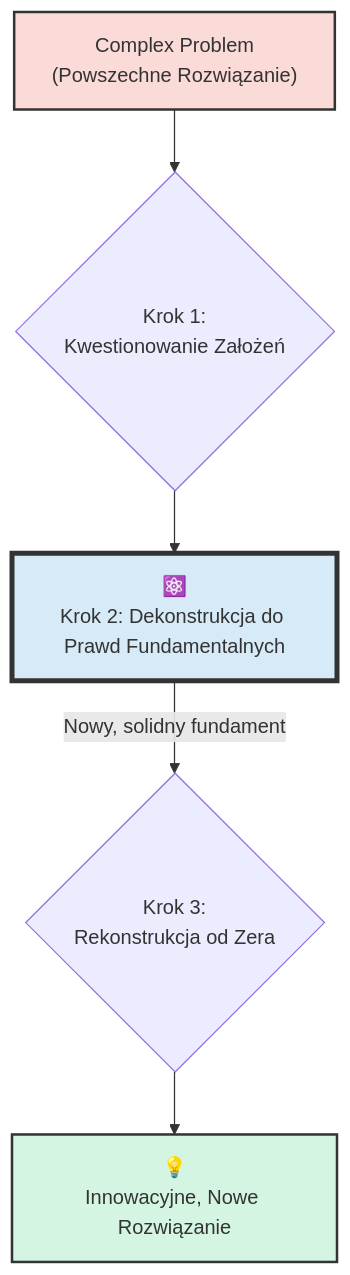
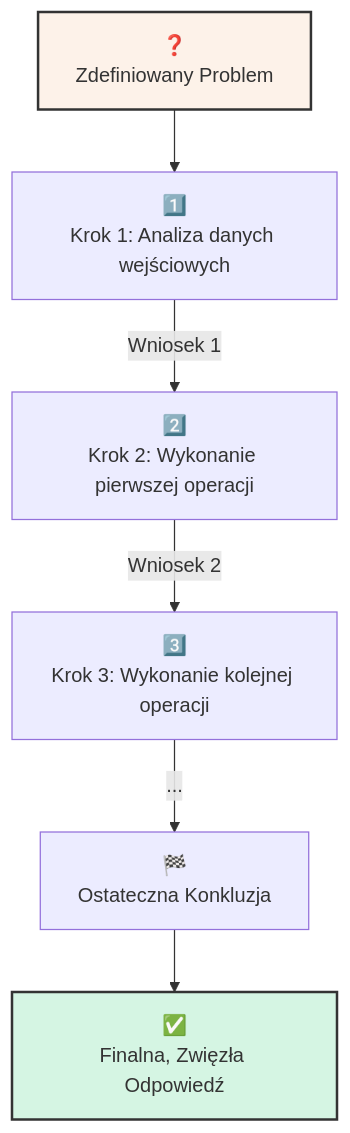
The diagram in 1_Łancuch_Mysli_Chain_of_Tought.md (jacmal/Biblioteka_Klockow_Poznawczych), drawn with Mermaid before and after one commit. The commit also changed other lines of this file, not shown here.

````diff
--- a/1_Łancuch_Mysli_Chain_of_Tought.md
+++ b/1_Łancuch_Mysli_Chain_of_Tought.md
@@ -48,11 +47,17 @@
 ```mermaid
 graph TD
-    A["Complex Problem<br>(Powszechne Rozwiązanie)"] --> B{"Krok 1:<br>Kwestionowanie Założeń"};
-    B --> C["⚛️<br>Krok 2: Dekonstrukcja do Prawd Fundamentalnych"];
-    C -- "Nowy, solidny fundament" --> D{"Krok 3:<br>Rekonstrukcja od Zera"};
-    D --> E["💡<br>Innowacyjne, Nowe Rozwiązanie"];
 
-    style A fill:#FADBD8,stroke:#333,stroke-width:2px
-    style C fill:#D6EAF8,stroke:#333,stroke-width:4px
-    style E fill:#D5F5E3,stroke:#333,stroke-width:2px
+    A["❓<br>Zdefiniowany Problem"] --> B["1️⃣<br>Krok 1: Analiza danych wejściowych"];
+
+    B -- "Wniosek 1" --> C["2️⃣<br>Krok 2: Wykonanie pierwszej operacji"];
+
+    C -- "Wniosek 2" --> D["3️⃣<br>Krok 3: Wykonanie kolejnej operacji"];
+
+    D -- "..." --> E["🏁<br>Ostateczna Konkluzja"];
+
+    E --> F["✅<br>Finalna, Zwięzła Odpowiedź"];
+
+    style A fill:#FDF2E9,stroke:#333,stroke-width:2px
+
+    style F fill:#D5F5E3,stroke:#333,stroke-width:2px
 ```
````
